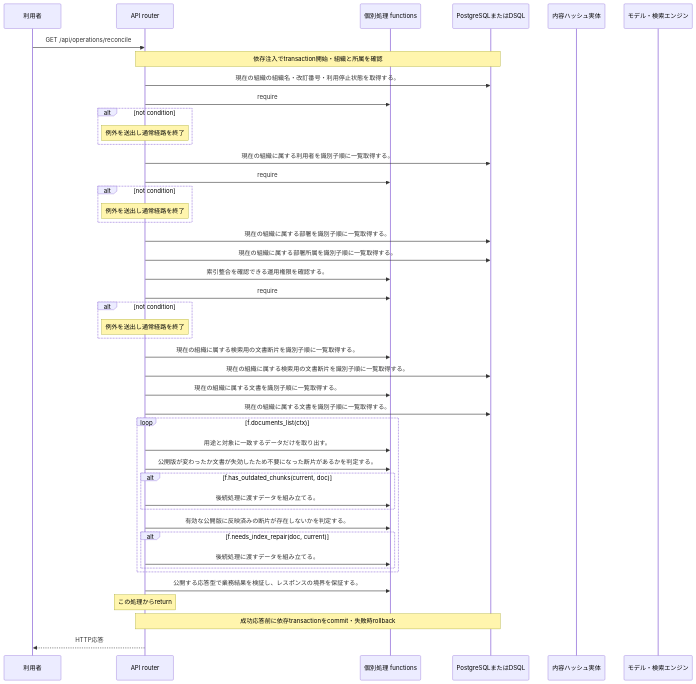
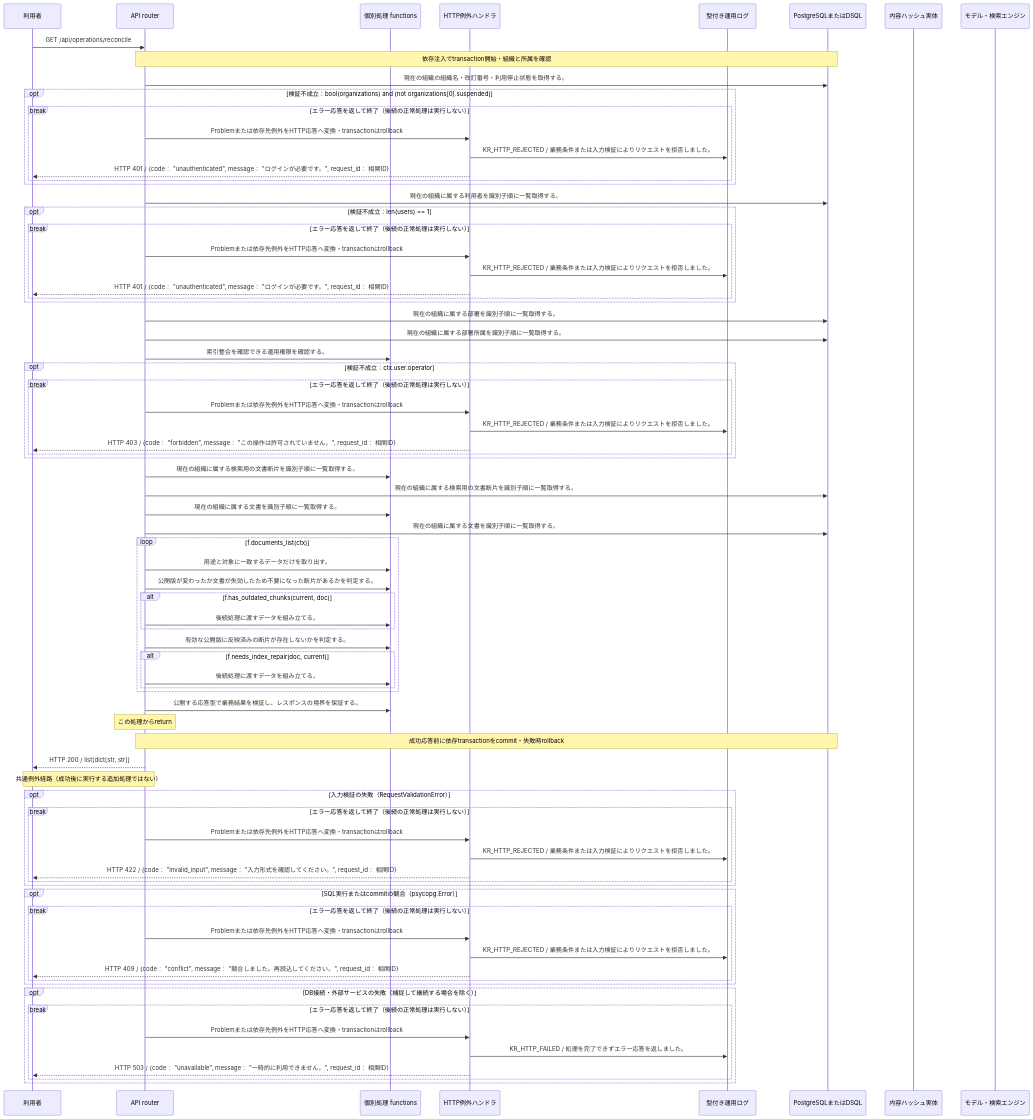
The diagram in docs/design/generated/api/operations/reconcile_index/sequence.md (tsuji-tomonori/KotoRelay), drawn with Mermaid before and after one commit. The commit also changed other lines of this file and 226 other files, not shown here.

````diff
--- a/docs/design/generated/api/operations/reconcile_index/sequence.md
+++ b/docs/design/generated/api/operations/reconcile_index/sequence.md
@@ -7,47 +7,80 @@
 ```mermaid
 sequenceDiagram
     participant U as 利用者
     participant A as API router
     participant F as 個別処理 functions
+    participant E as HTTP例外ハンドラ
+    participant L as 型付き運用ログ
     participant D as PostgreSQLまたはDSQL
     participant S as 内容ハッシュ実体
     participant M as モデル・検索エンジン
     U->>A: GET /api/operations/reconcile
     Note over A,D: 依存注入でtransaction開始・組織と所属を確認
     A->>D: 現在の組織の組織名・改訂番号・利用停止状態を取得する。
-    A->>F: require
-    alt not condition
-    Note over A: 例外を送出し通常経路を終了
+    opt 検証不成立：bool(organizations) and (not organizations[0].suspended)
+    break エラー応答を返して終了（後続の正常処理は実行しない）
+    A->>E: Problemまたは依存先例外をHTTP応答へ変換・transactionはrollback
+    E->>L: KR_HTTP_REJECTED / 業務条件または入力検証によりリクエストを拒否しました。
+    E-->>U: HTTP 401 / {code： "unauthenticated", message： "ログインが必要です。", request_id： 相関ID}
+    end
     end
     A->>D: 現在の組織に属する利用者を識別子順に一覧取得する。
-    A->>F: require
-    alt not condition
-    Note over A: 例外を送出し通常経路を終了
+    opt 検証不成立：len(users) == 1
+    break エラー応答を返して終了（後続の正常処理は実行しない）
+    A->>E: Problemまたは依存先例外をHTTP応答へ変換・transactionはrollback
+    E->>L: KR_HTTP_REJECTED / 業務条件または入力検証によりリクエストを拒否しました。
+    E-->>U: HTTP 401 / {code： "unauthenticated", message： "ログインが必要です。", request_id： 相関ID}
+    end
     end
     A->>D: 現在の組織に属する部署を識別子順に一覧取得する。
     A->>D: 現在の組織に属する部署所属を識別子順に一覧取得する。
     A->>F: 索引整合を確認できる運用権限を確認する。
-    A->>F: require
-    alt not condition
-    Note over A: 例外を送出し通常経路を終了
+    opt 検証不成立：ctx.user.operator
+    break エラー応答を返して終了（後続の正常処理は実行しない）
+    A->>E: Problemまたは依存先例外をHTTP応答へ変換・transactionはrollback
+    E->>L: KR_HTTP_REJECTED / 業務条件または入力検証によりリクエストを拒否しました。
+    E-->>U: HTTP 403 / {code： "forbidden", message： "この操作は許可されていません。", request_id： 相関ID}
+    end
     end
     A->>F: 現在の組織に属する検索用の文書断片を識別子順に一覧取得する。
     A->>D: 現在の組織に属する検索用の文書断片を識別子順に一覧取得する。
     A->>F: 現在の組織に属する文書を識別子順に一覧取得する。
     A->>D: 現在の組織に属する文書を識別子順に一覧取得する。
     loop f.documents_list(ctx)
     A->>F: 用途と対象に一致するデータだけを取り出す。
     A->>F: 公開版が変わったか文書が失効したため不要になった断片があるかを判定する。
     alt f.has_outdated_chunks(current, doc)
     A->>F: 後続処理に渡すデータを組み立てる。
     end
     A->>F: 有効な公開版に反映済みの断片が存在しないかを判定する。
     alt f.needs_index_repair(doc, current)
     A->>F: 後続処理に渡すデータを組み立てる。
     end
     end
     A->>F: 公開する応答型で業務結果を検証し、レスポンスの境界を保証する。
     Note over A: この処理からreturn
     Note over A,D: 成功応答前に依存transactionをcommit・失敗時rollback
-    A-->>U: HTTP応答
+    A-->>U: HTTP 200 / list[dict[str, str]]
+    Note over A,U: 共通例外経路（成功後に実行する追加処理ではない）
+    opt 入力検証の失敗（RequestValidationError）
+    break エラー応答を返して終了（後続の正常処理は実行しない）
+    A->>E: Problemまたは依存先例外をHTTP応答へ変換・transactionはrollback
+    E->>L: KR_HTTP_REJECTED / 業務条件または入力検証によりリクエストを拒否しました。
+    E-->>U: HTTP 422 / {code： "invalid_input", message： "入力形式を確認してください。", request_id： 相関ID}
+    end
+    end
+    opt SQL実行またはcommitの競合（psycopg.Error）
+    break エラー応答を返して終了（後続の正常処理は実行しない）
+    A->>E: Problemまたは依存先例外をHTTP応答へ変換・transactionはrollback
+    E->>L: KR_HTTP_REJECTED / 業務条件または入力検証によりリクエストを拒否しました。
+    E-->>U: HTTP 409 / {code： "conflict", message： "競合しました。再読込してください。", request_id： 相関ID}
+    end
+    end
+    opt DB接続・外部サービスの失敗（捕捉して継続する場合を除く）
+    break エラー応答を返して終了（後続の正常処理は実行しない）
+    A->>E: Problemまたは依存先例外をHTTP応答へ変換・transactionはrollback
+    E->>L: KR_HTTP_FAILED / 処理を完了できずエラー応答を返しました。
+    E-->>U: HTTP 503 / {code： "unavailable", message： "一時的に利用できません。", request_id： 相関ID}
+    end
+    end
 ```
````
